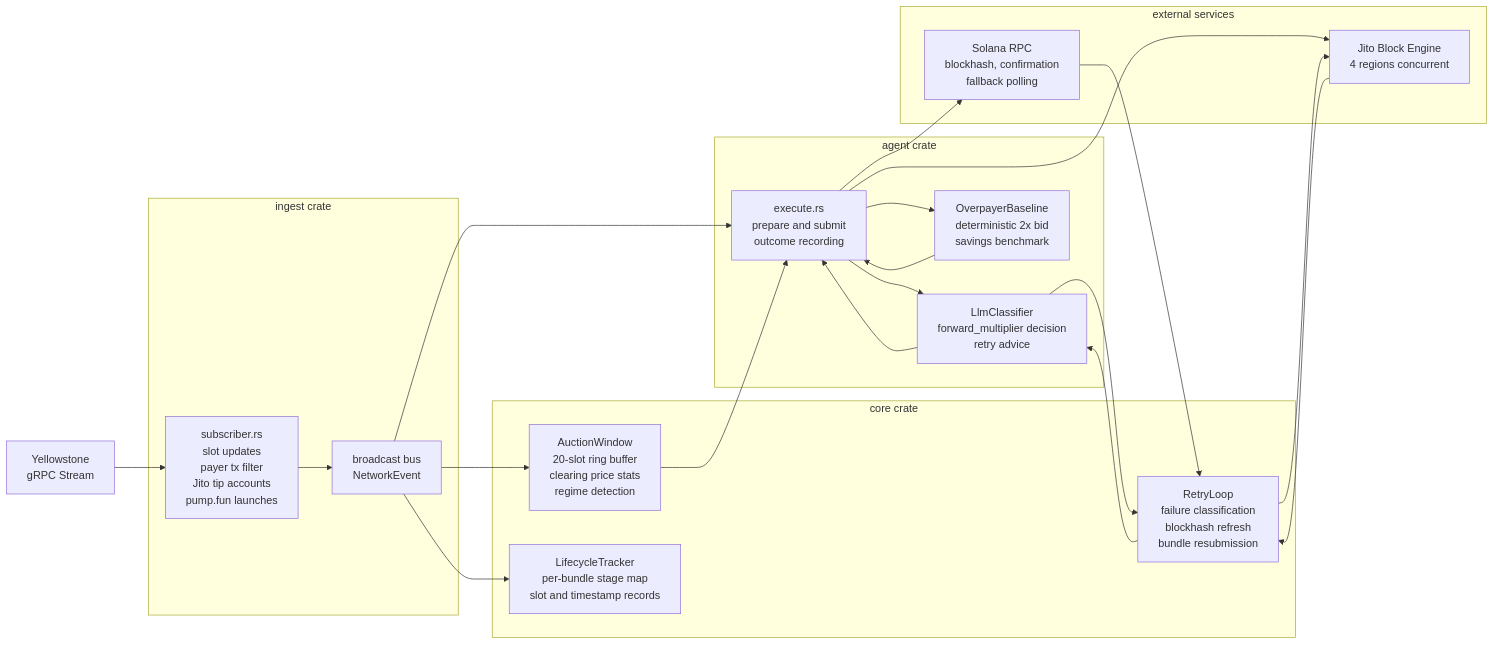
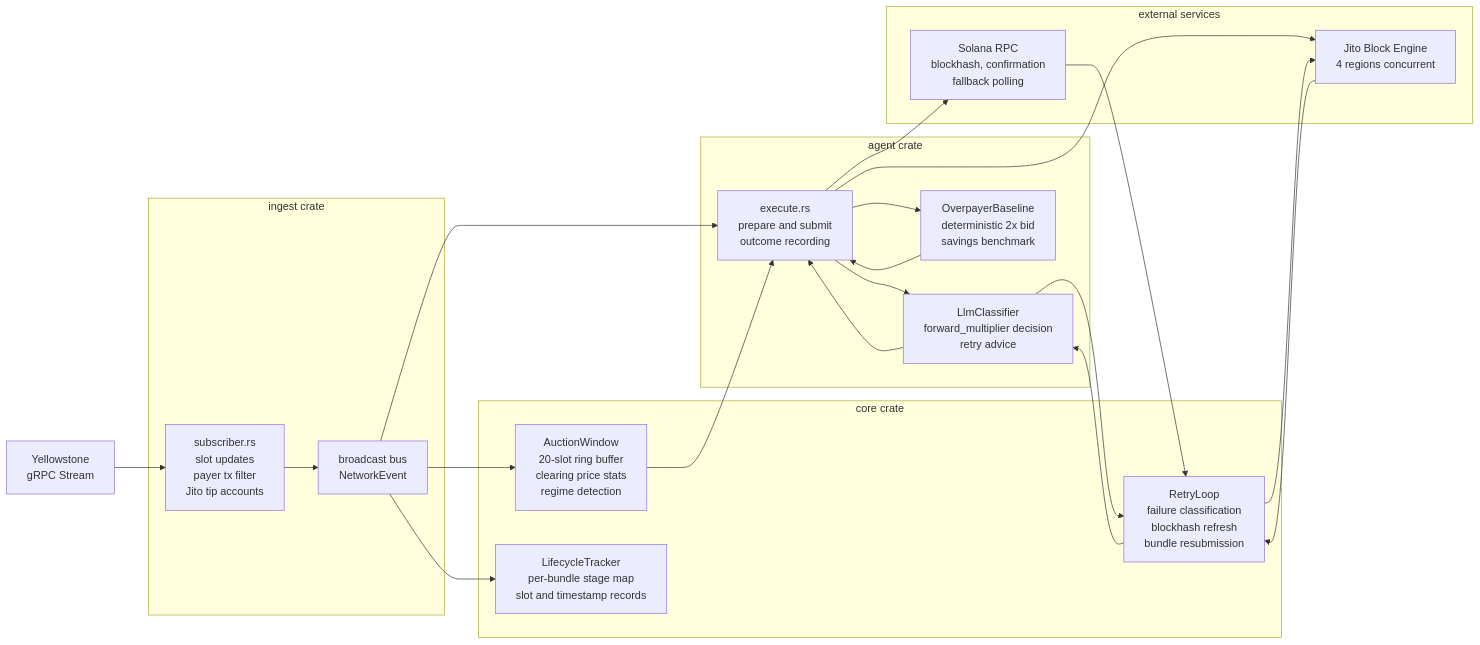
One commit to AlphaR2/styx changed the second of 8 diagrams in ARCHITECTURE.md. Above: the diagram before and after it, drawn with Mermaid. The commit also changed other lines of this file and 18 other files, not shown here.

````diff
--- a/ARCHITECTURE.md
+++ b/ARCHITECTURE.md
@@ -30,40 +30,40 @@
 ```mermaid
 flowchart LR
     YS["Yellowstone<br/>gRPC Stream"]
     subgraph ingest ["ingest crate"]
-        SUB["subscriber.rs<br/>slot updates<br/>payer tx filter<br/>Jito tip accounts<br/>pump.fun launches"]
+        SUB["subscriber.rs<br/>slot updates<br/>payer tx filter<br/>Jito tip accounts"]
         BUS["broadcast bus<br/>NetworkEvent"]
     end
     subgraph core ["core crate"]
         AW["AuctionWindow<br/>20-slot ring buffer<br/>clearing price stats<br/>regime detection"]
         LT["LifecycleTracker<br/>per-bundle stage map<br/>slot and timestamp records"]
         RL["RetryLoop<br/>failure classification<br/>blockhash refresh<br/>bundle resubmission"]
     end
     subgraph agent ["agent crate"]
         CL["LlmClassifier<br/>forward_multiplier decision<br/>retry advice"]
         BL["OverpayerBaseline<br/>deterministic 2x bid<br/>savings benchmark"]
         EX["execute.rs<br/>prepare and submit<br/>outcome recording"]
     end
     subgraph external ["external services"]
         JITO["Jito Block Engine<br/>4 regions concurrent"]
         RPC["Solana RPC<br/>blockhash, confirmation<br/>fallback polling"]
     end
 
     YS --> SUB
     SUB --> BUS
     BUS --> AW
     BUS --> LT
     BUS --> EX
     AW --> EX
     EX --> CL
     EX --> BL
     CL --> EX
     BL --> EX
     EX --> JITO
     EX --> RPC
     JITO --> RL
     RPC --> RL
     RL --> CL
     CL --> RL
     RL --> JITO
 ```
````
